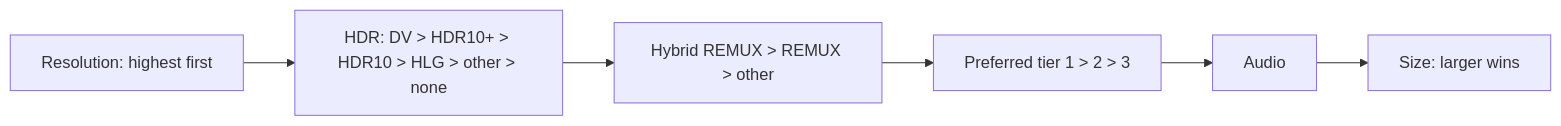
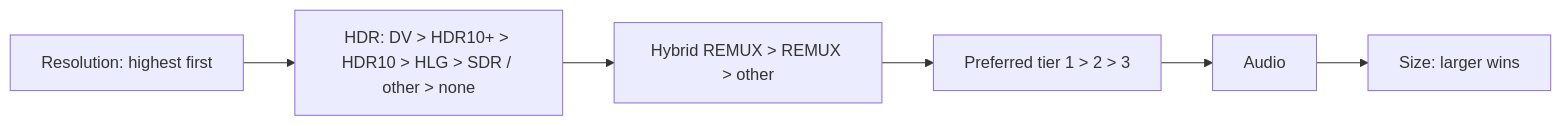
The second of 2 diagrams in docs-site/how-it-works/search-pipeline.md (Appz4Fun/nzbdavkodi), drawn with Mermaid before and after one commit. The commit also changed other lines of this file and 8 other files, not shown here.

````diff
--- a/docs-site/how-it-works/search-pipeline.md
+++ b/docs-site/how-it-works/search-pipeline.md
@@ -105,9 +105,9 @@
 ```mermaid
 flowchart LR
     A[Resolution: highest first]
-    A --> B[HDR: DV > HDR10+ > HDR10 > HLG > other > none]
+    A --> B[HDR: DV > HDR10+ > HDR10 > HLG > SDR / other > none]
     B --> R[Hybrid REMUX > REMUX > other]
     R --> C[Preferred tier 1 > 2 > 3]
     C --> D[Audio]
     D --> E[Size: larger wins]
 ```
````
